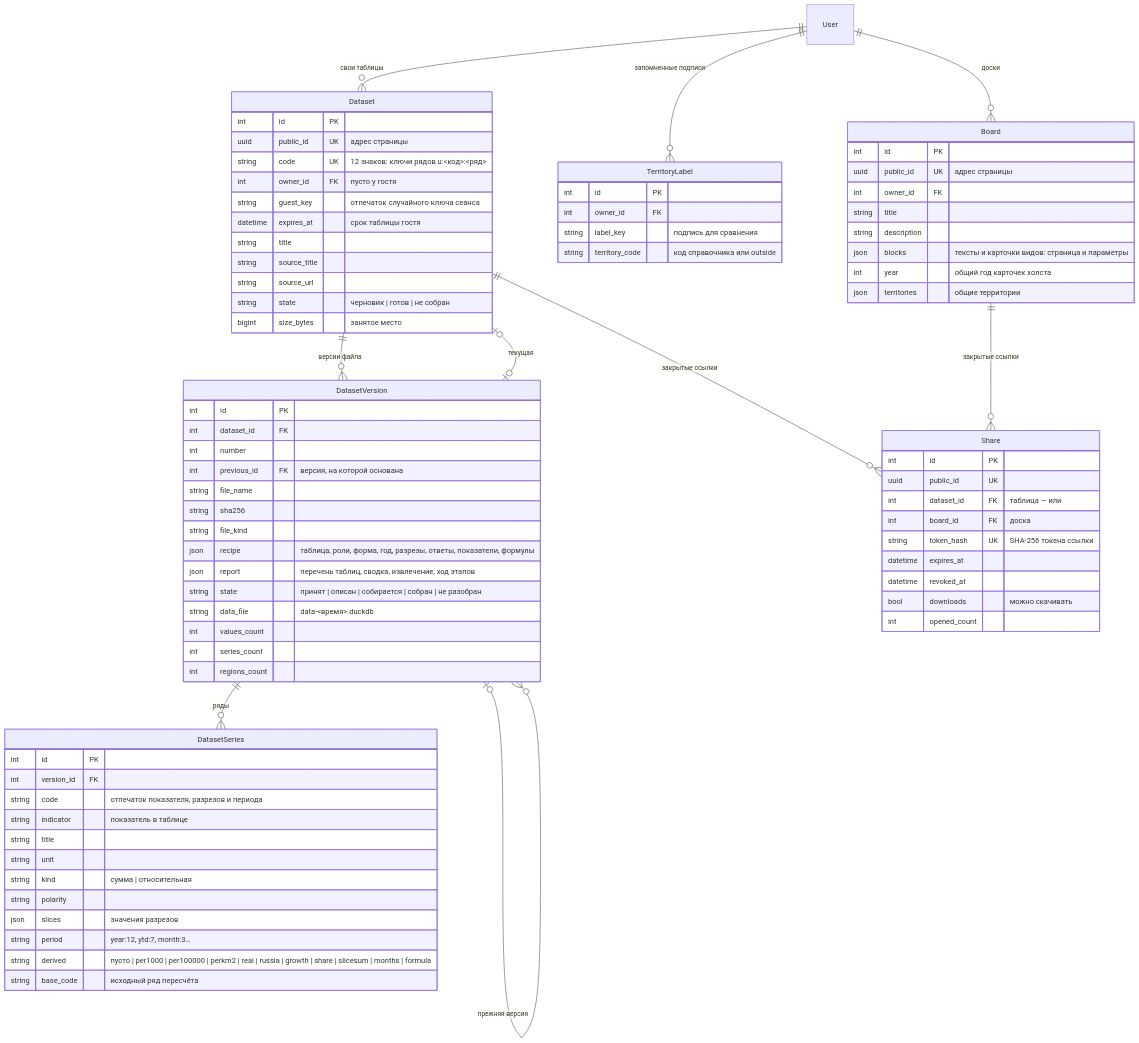
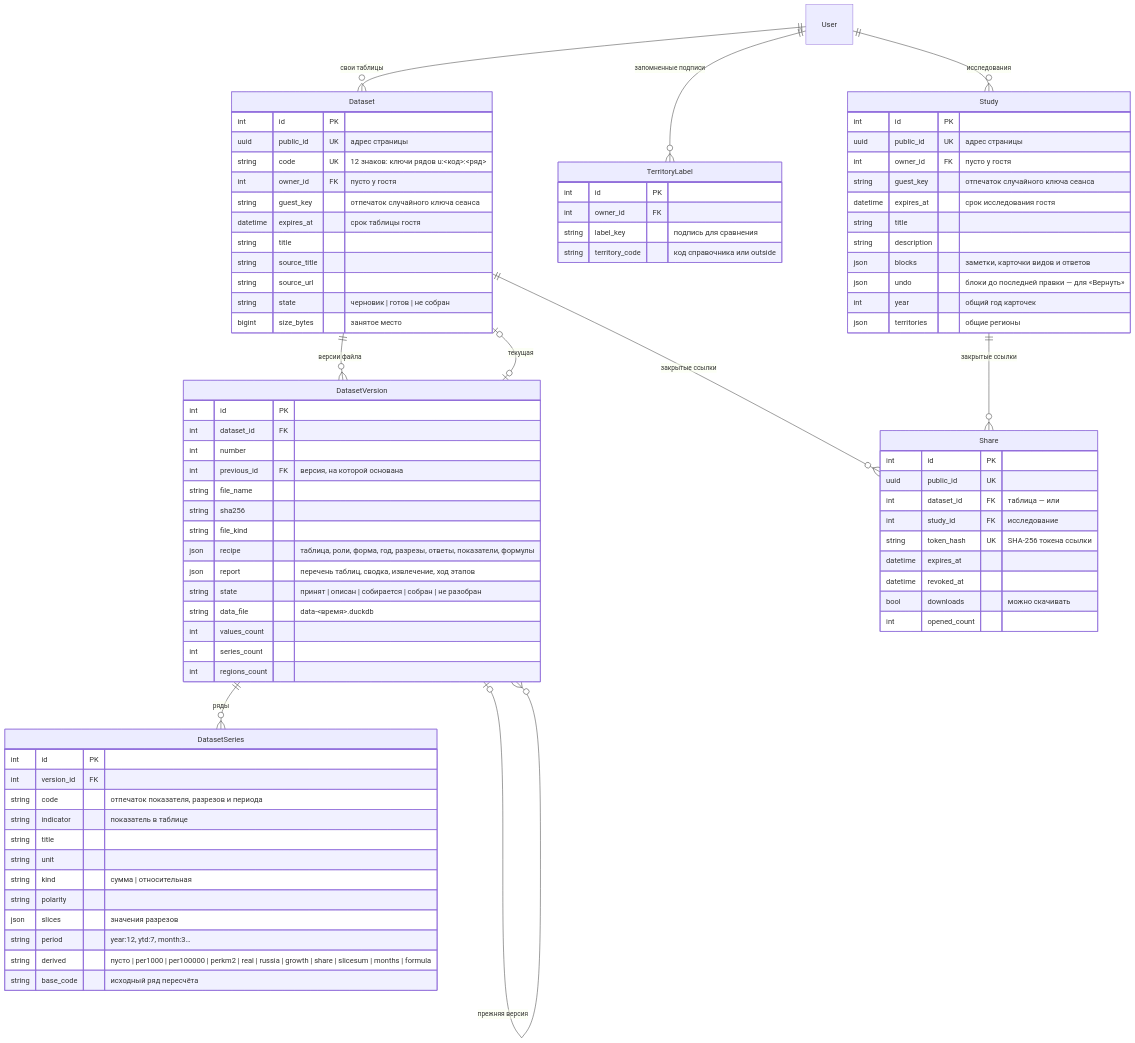
Before and after one commit to ht2473/RegionLens_v2: the third of 4 diagrams in docs/DATA_MODEL.md, drawn with Mermaid. The commit also changed other lines of this file and 3 other files, not shown here.

```diff
--- a/docs/DATA_MODEL.md
+++ b/docs/DATA_MODEL.md
@@ -191,9 +191,9 @@
     DatasetVersion ||--o{ DatasetSeries : "ряды"
     DatasetVersion |o--o{ DatasetVersion : "прежняя версия"
     User ||--o{ TerritoryLabel : "запомненные подписи"
-    User ||--o{ Board : "доски"
+    User ||--o{ Study : "исследования"
     Dataset ||--o{ Share : "закрытые ссылки"
-    Board ||--o{ Share : "закрытые ссылки"
+    Study ||--o{ Share : "закрытые ссылки"
 
     Dataset {
         int id PK
@@ -244,21 +244,24 @@
         string label_key "подпись для сравнения"
         string territory_code "код справочника или outside"
     }
-    Board {
+    Study {
         int id PK
         uuid public_id UK "адрес страницы"
-        int owner_id FK
+        int owner_id FK "пусто у гостя"
+        string guest_key "отпечаток случайного ключа сеанса"
+        datetime expires_at "срок исследования гостя"
         string title
         string description
-        json blocks "тексты и карточки видов: страница и параметры"
-        int year "общий год карточек холста"
-        json territories "общие территории"
+        json blocks "заметки, карточки видов и ответов"
+        json undo "блоки до последней правки — для «Вернуть»"
+        int year "общий год карточек"
+        json territories "общие регионы"
     }
     Share {
         int id PK
         uuid public_id UK
         int dataset_id FK "таблица — или"
-        int board_id FK "доска"
+        int study_id FK "исследование"
         string token_hash UK "SHA-256 токена ссылки"
         datetime expires_at
         datetime revoked_at
```
